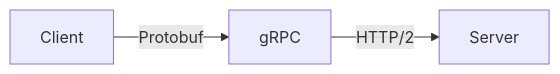
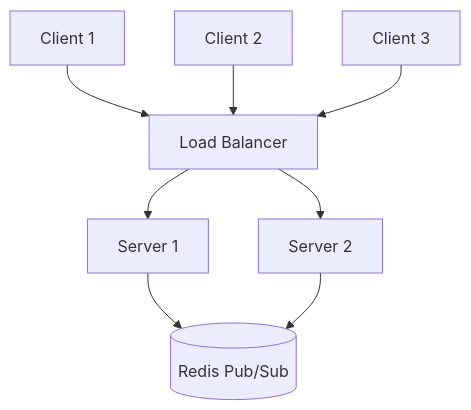
Before and after one commit to spawn08/system-design-interview: the second of 4 diagrams in basics/networking.md, drawn with Mermaid. The commit also changed other lines of this file and 4 other files, not shown here.

````diff
--- a/basics/networking.md
+++ b/basics/networking.md
@@ -256,5 +641,12 @@
 ```mermaid
-flowchart LR
-    Client[Client] -->|Protobuf| gRPC[gRPC]
-    gRPC -->|HTTP/2| Server[Server]
+flowchart TD
+    Client1[Client 1] --> LB[Load Balancer]
+    Client2[Client 2] --> LB
+    Client3[Client 3] --> LB
+    
+    LB --> Server1[Server 1]
+    LB --> Server2[Server 2]
+    
+    Server1 --> Redis[(Redis Pub/Sub)]
+    Server2 --> Redis
 ```
````
